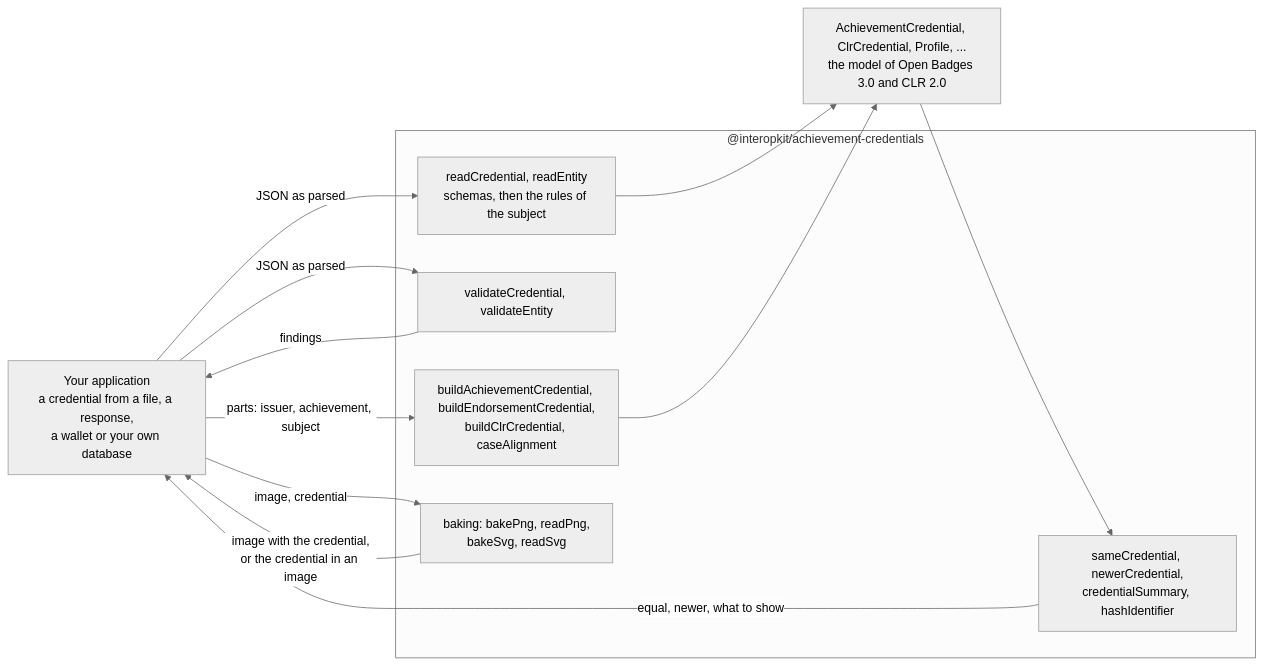
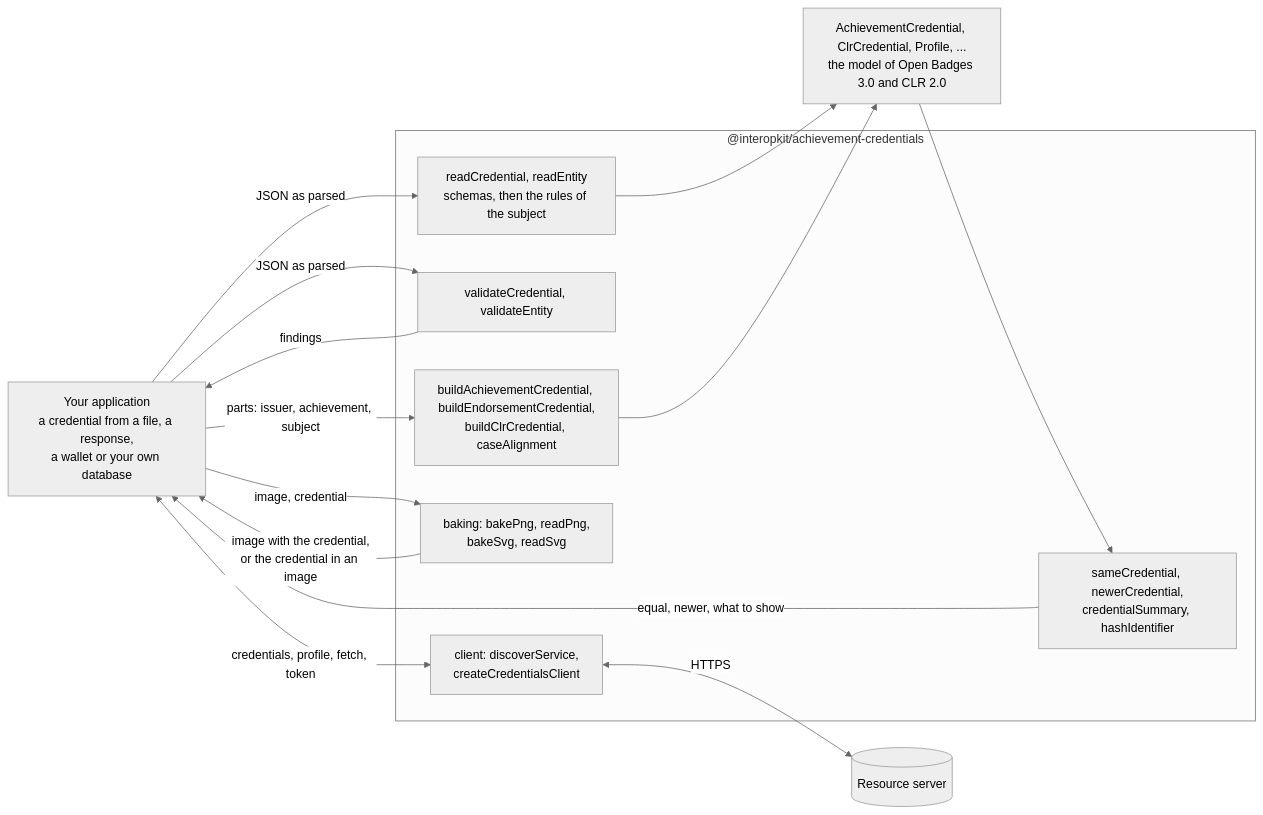
Before and after one commit to interopkit/interopkit: the diagram in packages/achievement-credentials/README.md, drawn with Mermaid (neutral theme). The commit also changed other lines of this file and 40 other files, not shown here.

First line of the commit message:
Add the client of the Open Badges and CLR APIs to achievement-credentials

````diff
--- a/packages/achievement-credentials/README.md
+++ b/packages/achievement-credentials/README.md
@@ -11,22 +11,25 @@
 ```mermaid
 flowchart LR
   host["Your application<br/>a credential from a file, a response,<br/>a wallet or your own database"]
   subgraph pkg["@interopkit/achievement-credentials"]
     read["readCredential, readEntity<br/>schemas, then the rules of the subject"]
     validate["validateCredential, validateEntity"]
     build["buildAchievementCredential, buildEndorsementCredential,<br/>buildClrCredential, caseAlignment"]
     compare["sameCredential, newerCredential,<br/>credentialSummary, hashIdentifier"]
     baking["baking: bakePng, readPng,<br/>bakeSvg, readSvg"]
+    client["client: discoverService,<br/>createCredentialsClient"]
   end
   model["AchievementCredential, ClrCredential, Profile, ...<br/>the model of Open Badges 3.0 and CLR 2.0"]
   host -->|"JSON as parsed"| read
   read --> model
   host -->|"JSON as parsed"| validate
   validate -->|"findings"| host
   host -->|"parts: issuer, achievement, subject"| build
   build --> model
   model --> compare
   compare -->|"equal, newer, what to show"| host
   host -->|"image, credential"| baking
   baking -->|"image with the credential,<br/>or the credential in an image"| host
+  host <-->|"credentials, profile, fetch, token"| client
+  client <-->|"HTTPS"| server[("Resource server")]
 ```
````
